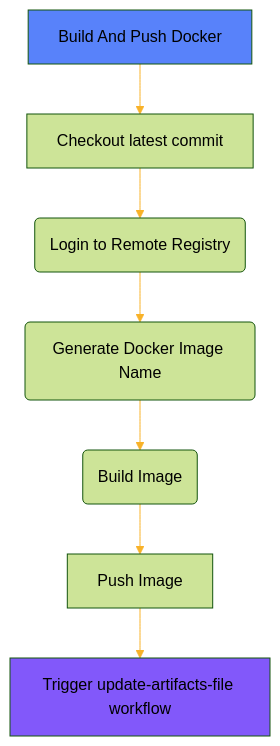
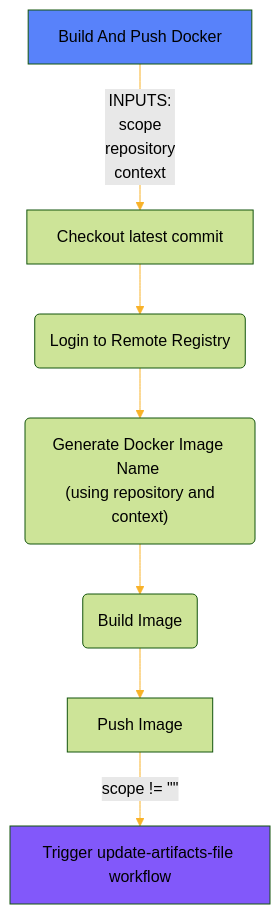
The first of 5 diagrams in README.md (shimoncohen/shared-workflows), drawn with Mermaid before and after one commit. The commit also changed other lines of this file, not shown here.

Commit message:
docs: add missing inputs (#20)

````diff
--- a/README.md
+++ b/README.md
@@ -22,19 +22,19 @@
 ```mermaid
 %%{
   init: {
     'theme': 'forest',
     'themeVariables': {
       'lineColor': '#F8B229'
     }
   }
 }%%
 flowchart TD
     classDef head fill:#5882FA
     classDef workflow fill:#8258FA
-    A[Build And Push Docker]:::head --> B[Checkout latest commit]
+    A[Build And Push Docker]:::head -->|INPUTS: \n scope \n repository \n context| B[Checkout latest commit]
     B --> C(Login to Remote Registry)
-    C --> D(Generate Docker Image Name)
+    C --> D("Generate Docker Image Name \n (using repository and context)")
     D --> E( Build Image)
     E --> F[Push Image]
-    F --> G[Trigger update-artifacts-file workflow]:::workflow
+    F -->|scope != #quot;#quot;| G[Trigger update-artifacts-file workflow]:::workflow
 ```
````
